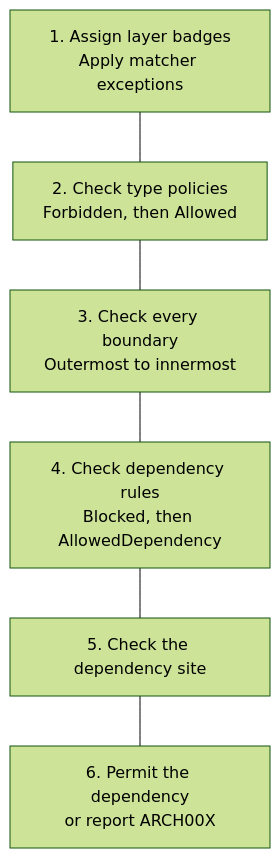
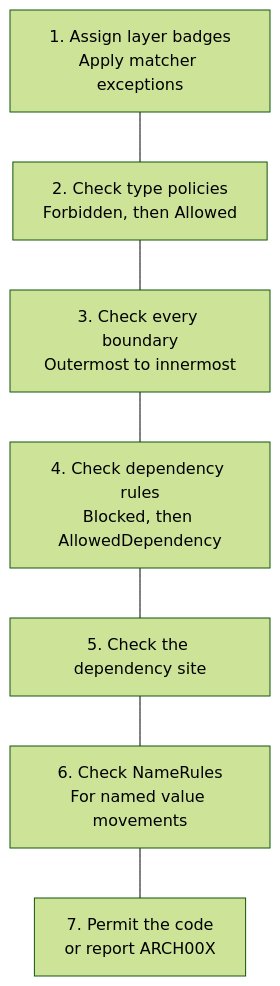
Before and after one commit to RonSijm/RonSijm.AnaalIJzer: the third of 15 diagrams in README.md, drawn with Mermaid (forest theme). The commit also changed other lines of this file and 1135 other files, not shown here.

````diff
--- a/README.md
+++ b/README.md
@@ -540,15 +619,17 @@
 ```mermaid
 flowchart TD
     Classify["1. Assign layer badges<br/>Apply matcher exceptions"]
     TypePolicy["2. Check type policies<br/>Forbidden, then Allowed"]
     Boundaries["3. Check every boundary<br/>Outermost to innermost"]
     Edges["4. Check dependency rules<br/>Blocked, then AllowedDependency"]
     Sites["5. Check the dependency site"]
-    Result["6. Permit the dependency<br/>or report ARCH00X"]
+    Names["6. Check NameRules<br/>For named value movements"]
+    Result["7. Permit the code<br/>or report ARCH00X"]
 
     Classify --- TypePolicy
     TypePolicy --- Boundaries
     Boundaries --- Edges
     Edges --- Sites
-    Sites --- Result
+    Sites --- Names
+    Names --- Result
 ```
````
